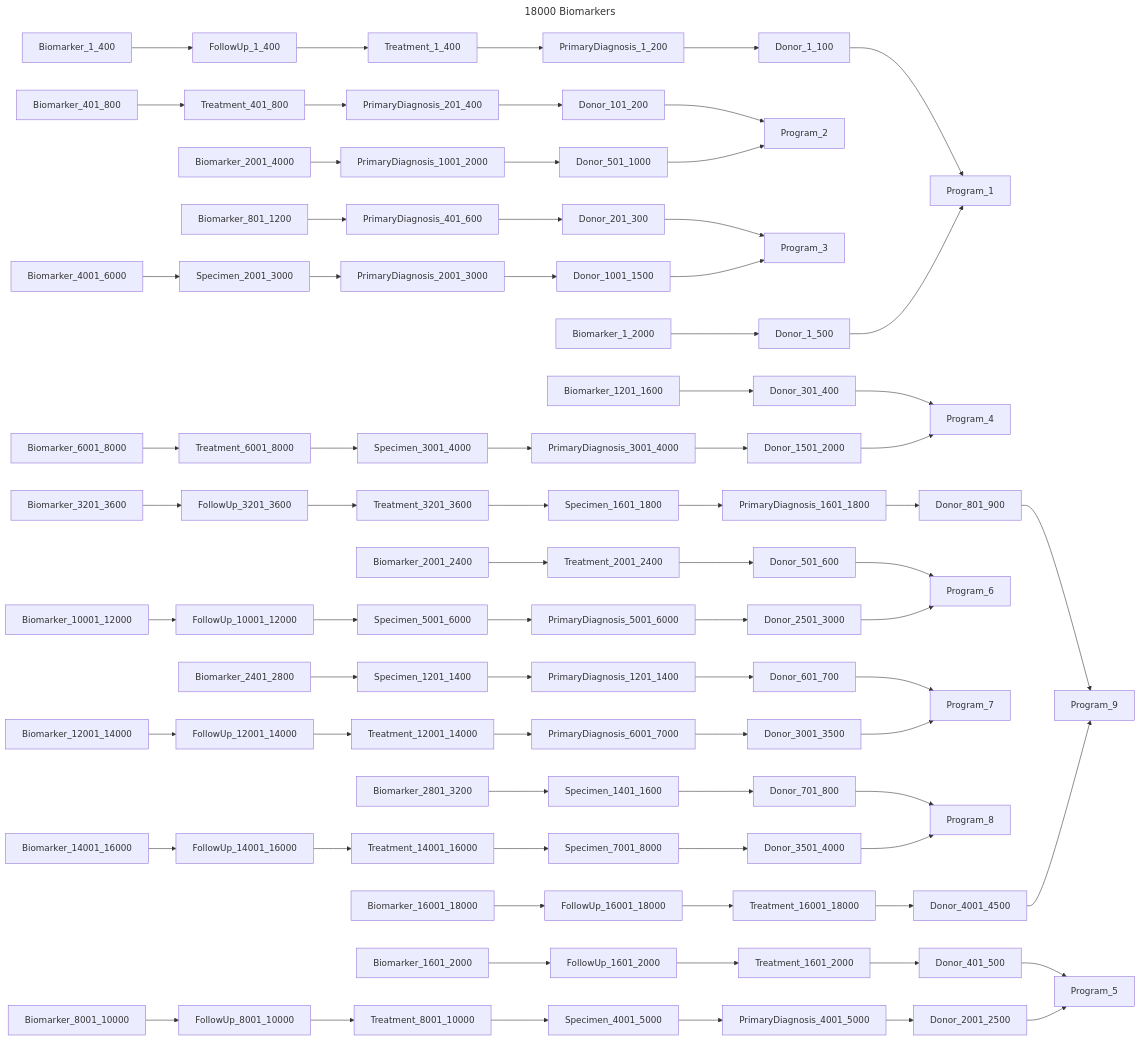
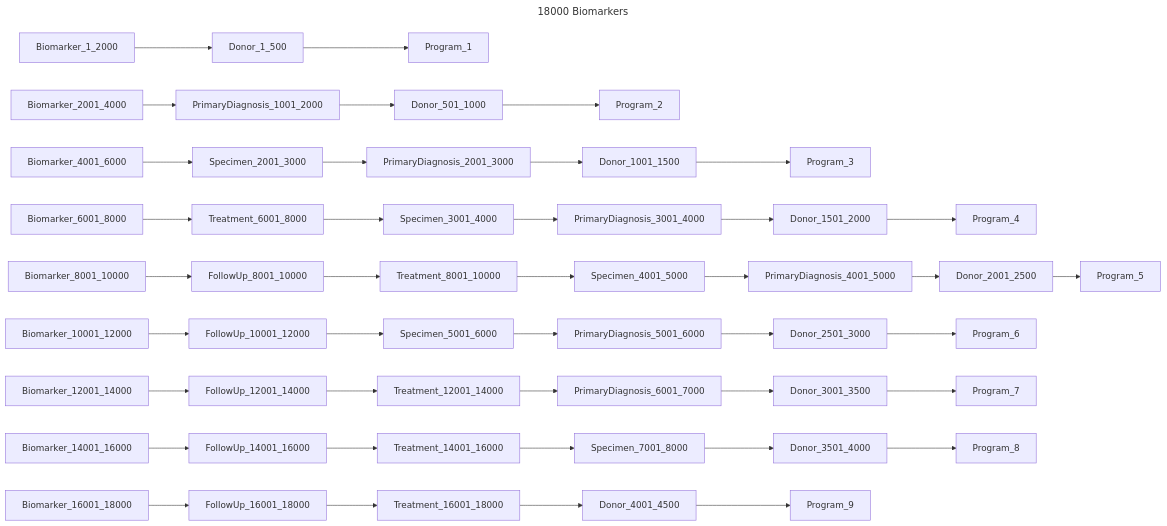
Diagram 12 of 14 in chord_metadata_service/mohpackets/data/large_dataset/README.md (bento-platform/katsu), drawn with Mermaid before and after one commit.

````diff
--- a/chord_metadata_service/mohpackets/data/large_dataset/README.md
+++ b/chord_metadata_service/mohpackets/data/large_dataset/README.md
@@ -179,26 +179,16 @@
 ```mermaid
 ---
 title: 18000 Biomarkers
 ---
 graph LR;  
-  Biomarker_1_400 --> FollowUp_1_400 --> Treatment_1_400 --> PrimaryDiagnosis_1_200 --> Donor_1_100 --> Program_1;
-  Biomarker_401_800 --> Treatment_401_800--> PrimaryDiagnosis_201_400 --> Donor_101_200 --> Program_2;  
-  Biomarker_801_1200 --> PrimaryDiagnosis_401_600 --> Donor_201_300 --> Program_3;  
-  Biomarker_1201_1600 --> Donor_301_400 --> Program_4;  
-  Biomarker_1601_2000 --> FollowUp_1601_2000 --> Treatment_1601_2000 --> Donor_401_500 --> Program_5;  
-  Biomarker_2001_2400 --> Treatment_2001_2400 --> Donor_501_600 --> Program_6;  
-  Biomarker_2401_2800 --> Specimen_1201_1400 --> PrimaryDiagnosis_1201_1400 --> Donor_601_700 --> Program_7;  
-  Biomarker_2801_3200 --> Specimen_1401_1600  --> Donor_701_800 --> Program_8;  
-  Biomarker_3201_3600 --> FollowUp_3201_3600--> Treatment_3201_3600 --> Specimen_1601_1800 --> PrimaryDiagnosis_1601_1800 --> Donor_801_900 --> Program_9;
-
   Biomarker_1_2000 --> Donor_1_500 --> Program_1;
   Biomarker_2001_4000 --> PrimaryDiagnosis_1001_2000 --> Donor_501_1000 --> Program_2;
   Biomarker_4001_6000 --> Specimen_2001_3000 --> PrimaryDiagnosis_2001_3000 --> Donor_1001_1500 --> Program_3;
   Biomarker_6001_8000 --> Treatment_6001_8000 --> Specimen_3001_4000 --> PrimaryDiagnosis_3001_4000 --> Donor_1501_2000 --> Program_4;
   Biomarker_8001_10000 --> FollowUp_8001_10000 --> Treatment_8001_10000 --> Specimen_4001_5000 --> PrimaryDiagnosis_4001_5000 --> Donor_2001_2500 --> Program_5;
   Biomarker_10001_12000 --> FollowUp_10001_12000 --> Specimen_5001_6000 --> PrimaryDiagnosis_5001_6000 --> Donor_2501_3000 --> Program_6;
   Biomarker_12001_14000 --> FollowUp_12001_14000 --> Treatment_12001_14000 --> PrimaryDiagnosis_6001_7000 --> Donor_3001_3500 --> Program_7;
   Biomarker_14001_16000 --> FollowUp_14001_16000 --> Treatment_14001_16000 --> Specimen_7001_8000 --> Donor_3501_4000 --> Program_8;
   Biomarker_16001_18000 --> FollowUp_16001_18000 --> Treatment_16001_18000 --> Donor_4001_4500 --> Program_9;
 
 ```
````
